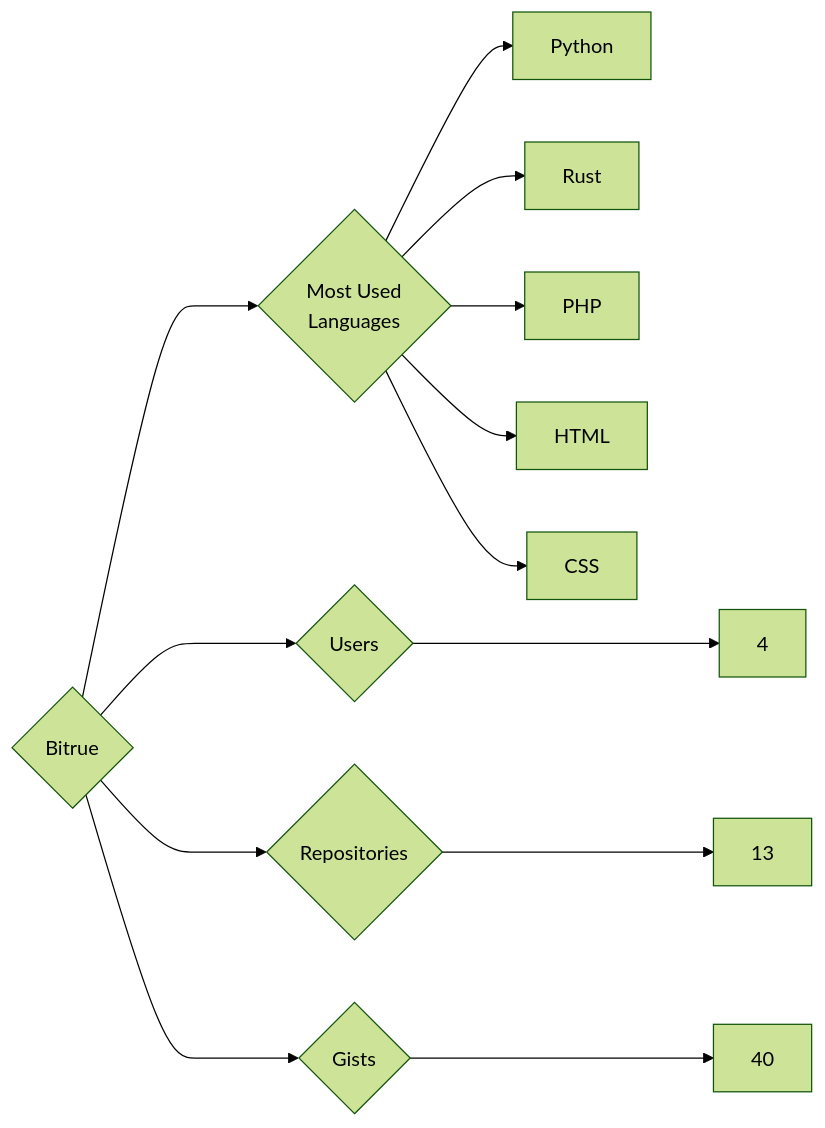
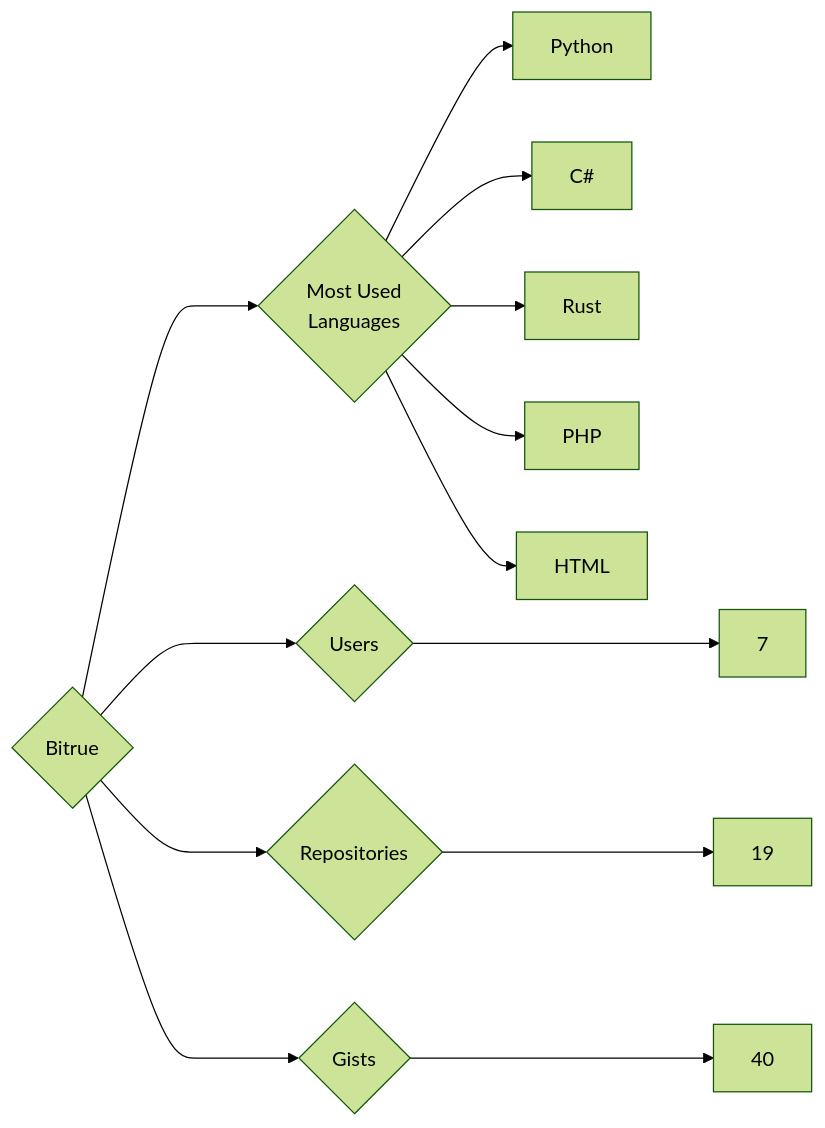
The diagram in targets/Bitrue/README.md (trickest/insiders), drawn with Mermaid (forest theme) before and after one commit. The commit also changed 1166 other files, not shown here.

````diff
--- a/targets/Bitrue/README.md
+++ b/targets/Bitrue/README.md
@@ -3,13 +3,13 @@
 ```mermaid
 graph LR
 COMPANY_NAME{Bitrue}
-COMPANY_NAME ---> U{Users} ---> UN[4]
-COMPANY_NAME ---> R{Repositories} ---> RN[13]
+COMPANY_NAME ---> U{Users} ---> UN[7]
+COMPANY_NAME ---> R{Repositories} ---> RN[19]
 COMPANY_NAME ---> G{Gists} ---> GN[40]
 COMPANY_NAME ---> ML{Most Used<br>Languages}
 ML --> Python[Python]
+ML --> C#[C#]
 ML --> Rust[Rust]
 ML --> PHP[PHP]
 ML --> HTML[HTML]
-ML --> CSS[CSS]
 ```
````
